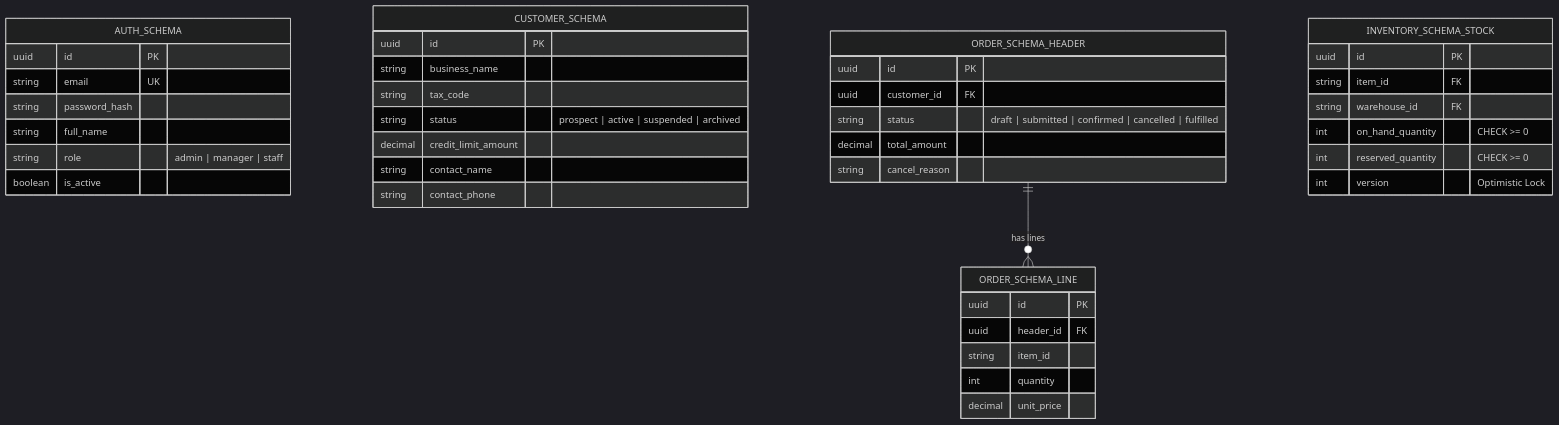
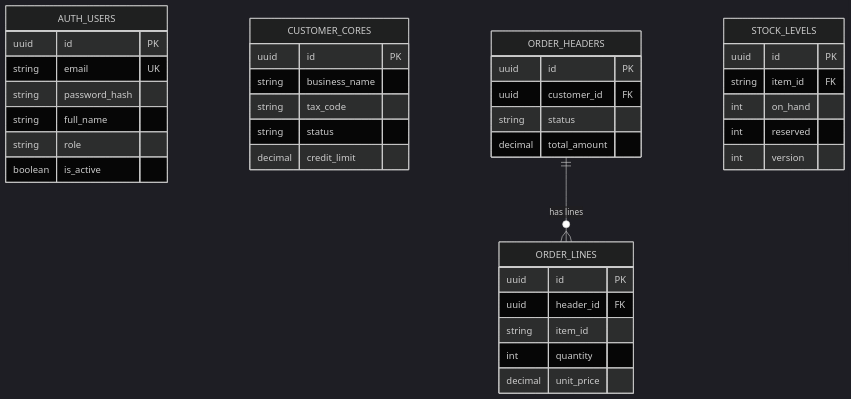
One commit to ndmthuan97/ERP-Prototype-Example changed the eighth of 9 diagrams in docs/architecture/system-overview.md. Above: the diagram before and after it, drawn with Mermaid (dark theme). The commit also changed other lines of this file, not shown here.

Commit message:
docs: rewrite diagrams — clean B/W, no overlap, split into focused charts

````diff
--- a/docs/architecture/system-overview.md
+++ b/docs/architecture/system-overview.md
@@ -221,48 +217,44 @@
 ```mermaid
 erDiagram
-    AUTH_SCHEMA {
+    AUTH_USERS {
         uuid id PK
         string email UK
         string password_hash
         string full_name
-        string role "admin | manager | staff"
+        string role
         boolean is_active
     }
 
-    CUSTOMER_SCHEMA {
+    CUSTOMER_CORES {
         uuid id PK
         string business_name
         string tax_code
-        string status "prospect | active | suspended | archived"
-        decimal credit_limit_amount
-        string contact_name
-        string contact_phone
+        string status
+        decimal credit_limit
     }
 
-    ORDER_SCHEMA_HEADER {
+    ORDER_HEADERS {
         uuid id PK
         uuid customer_id FK
-        string status "draft | submitted | confirmed | cancelled | fulfilled"
+        string status
         decimal total_amount
-        string cancel_reason
     }
 
-    ORDER_SCHEMA_LINE {
+    ORDER_LINES {
         uuid id PK
         uuid header_id FK
         string item_id
         int quantity
         decimal unit_price
     }
 
-    INVENTORY_SCHEMA_STOCK {
+    STOCK_LEVELS {
         uuid id PK
         string item_id FK
-        string warehouse_id FK
-        int on_hand_quantity "CHECK >= 0"
-        int reserved_quantity "CHECK >= 0"
-        int version "Optimistic Lock"
+        int on_hand
+        int reserved
+        int version
     }
 
-    ORDER_SCHEMA_HEADER ||--o{ ORDER_SCHEMA_LINE : "has lines"
+    ORDER_HEADERS ||--o{ ORDER_LINES : "has lines"
 ```
````
